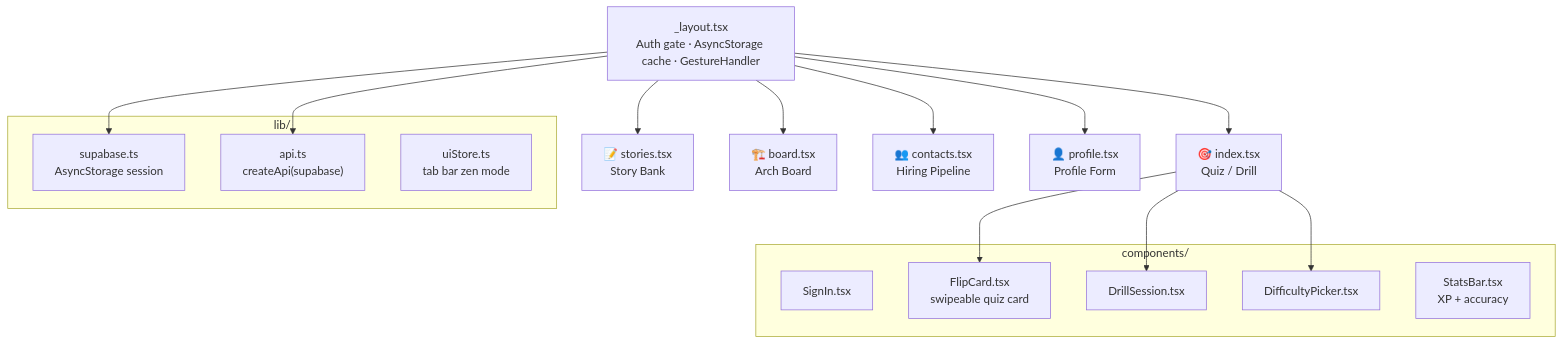
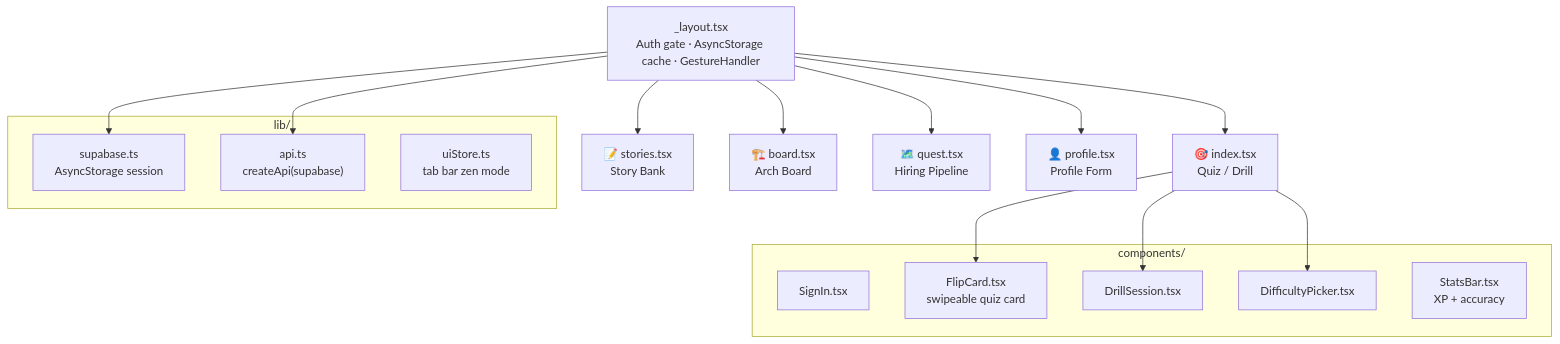
The fifth of 13 diagrams in docs/system-design.md (Inn-Keeper/tech-refresh), drawn with Mermaid before and after one commit. The commit also changed other lines of this file and 22 other files, not shown here.

Commit message:
Rename contacts module to Quest

````diff
--- a/docs/system-design.md
+++ b/docs/system-design.md
@@ -111,30 +111,30 @@
 ```mermaid
 graph TD
     LAYOUT["_layout.tsx\nAuth gate · AsyncStorage cache · GestureHandler"]
 
     LAYOUT --> IDX["🎯 index.tsx\nQuiz / Drill"]
     LAYOUT --> STORIES_M["📝 stories.tsx\nStory Bank"]
     LAYOUT --> BOARD_M["🏗️ board.tsx\nArch Board"]
-    LAYOUT --> CONTACTS_M["👥 contacts.tsx\nHiring Pipeline"]
+    LAYOUT --> QUEST_M["🗺️ quest.tsx\nHiring Pipeline"]
     LAYOUT --> PROFILE_M["👤 profile.tsx\nProfile Form"]
 
     subgraph MOBILE_LIB ["lib/"]
         SUPA_M["supabase.ts\nAsyncStorage session"]
         API_M["api.ts\ncreateApi(supabase)"]
         UI_STORE["uiStore.ts\ntab bar zen mode"]
     end
 
     subgraph MOBILE_COMP ["components/"]
         SIGNIN["SignIn.tsx"]
         FLIP["FlipCard.tsx\nswipeable quiz card"]
         DRILL_SESSION["DrillSession.tsx"]
         DIFF_PICKER["DifficultyPicker.tsx"]
         STATS["StatsBar.tsx\nXP + accuracy"]
     end
 
     LAYOUT --> SUPA_M
     LAYOUT --> API_M
     IDX --> FLIP
     IDX --> DRILL_SESSION
     IDX --> DIFF_PICKER
 ```
````
